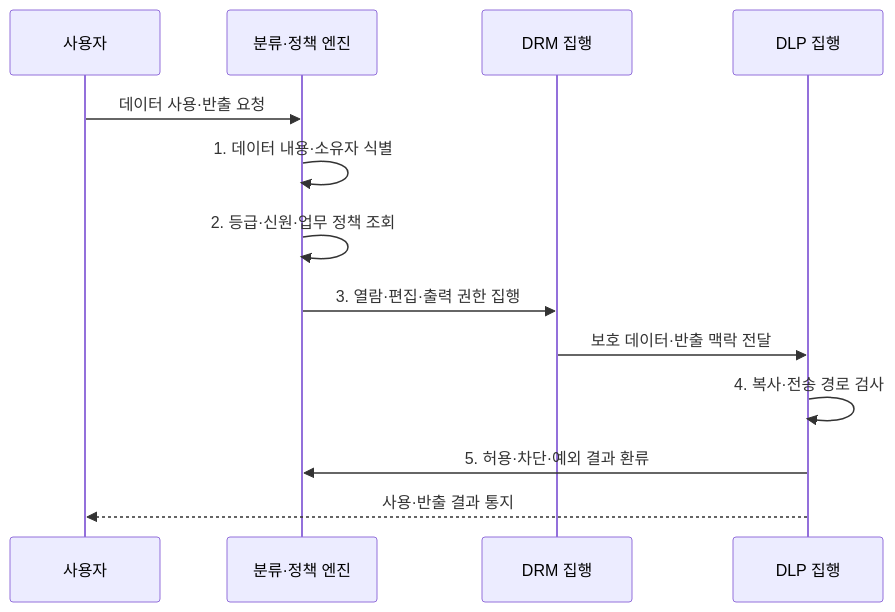
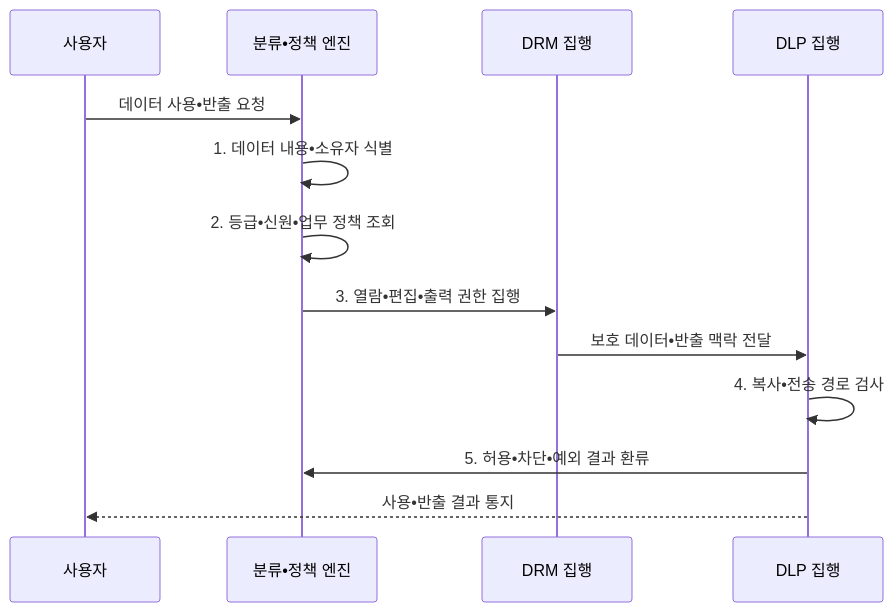
One commit to agnusdei1207/knowledge-base changed the second of 2 diagrams in src/content/docs/notes/05-security/142_drm_dlp.md. Above: the diagram before and after it, drawn with Mermaid. The commit also changed other lines of this file and 953 other files, not shown here.

````diff
--- a/src/content/docs/notes/05-security/142_drm_dlp.md
+++ b/src/content/docs/notes/05-security/142_drm_dlp.md
@@ -102,15 +102,15 @@
 ```mermaid
 sequenceDiagram
   participant U as 사용자
-  participant P as 분류·정책 엔진
+  participant P as 분류•정책 엔진
   participant R as DRM 집행
   participant D as DLP 집행
-  U->>P: 데이터 사용·반출 요청
-  P->>P: 1. 데이터 내용·소유자 식별
-  P->>P: 2. 등급·신원·업무 정책 조회
-  P->>R: 3. 열람·편집·출력 권한 집행
-  R->>D: 보호 데이터·반출 맥락 전달
-  D->>D: 4. 복사·전송 경로 검사
-  D->>P: 5. 허용·차단·예외 결과 환류
-  D-->>U: 사용·반출 결과 통지
+  U->>P: 데이터 사용•반출 요청
+  P->>P: 1. 데이터 내용•소유자 식별
+  P->>P: 2. 등급•신원•업무 정책 조회
+  P->>R: 3. 열람•편집•출력 권한 집행
+  R->>D: 보호 데이터•반출 맥락 전달
+  D->>D: 4. 복사•전송 경로 검사
+  D->>P: 5. 허용•차단•예외 결과 환류
+  D-->>U: 사용•반출 결과 통지
 ```
````
